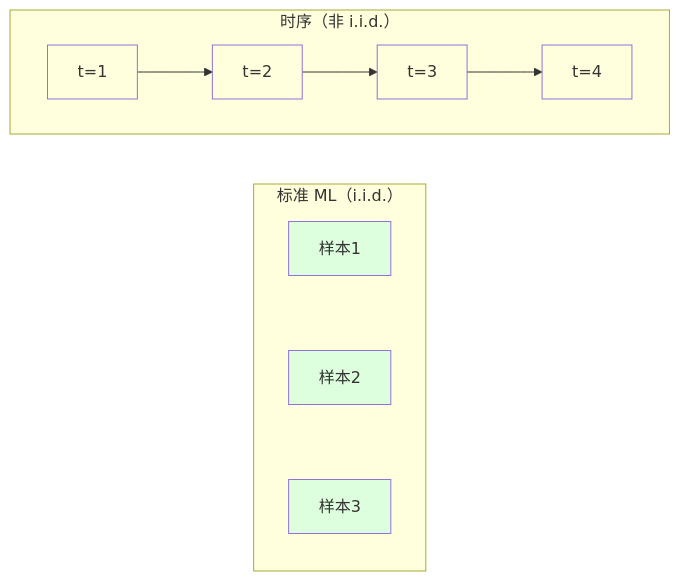
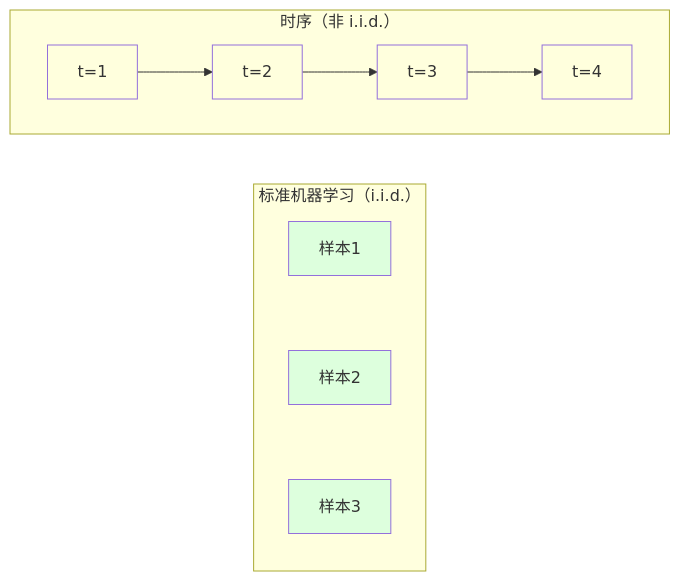
The diagram in phases/02-ml-fundamentals/15-time-series/docs/zh.md (omigaZen/ai-engineering-from-scratch), drawn with Mermaid before and after one commit.

Commit message:
feat(phase-02/15): refine zh time series wording

````diff
--- a/phases/02-ml-fundamentals/15-time-series/docs/zh.md
+++ b/phases/02-ml-fundamentals/15-time-series/docs/zh.md
@@ -37,22 +37,22 @@
 ```mermaid
 flowchart LR
-    subgraph IID[标准 ML（i.i.d.）]
+    subgraph IID[标准机器学习（i.i.d.）]
         direction TB
         S1[样本1] ~~~ S2[样本2]
         S2 ~~~ S3[样本3]
     end
     subgraph TS[时序（非 i.i.d.）]
         direction LR
         T1[t=1] --> T2[t=2]
         T2 --> T3[t=3]
         T3 --> T4[t=4]
     end
 
     style S1 fill:#dfd
     style S2 fill:#dfd
     style S3 fill:#dfd
     style T1 fill:#ffd
     style T2 fill:#ffd
     style T3 fill:#ffd
     style T4 fill:#ffd
 ```
````
